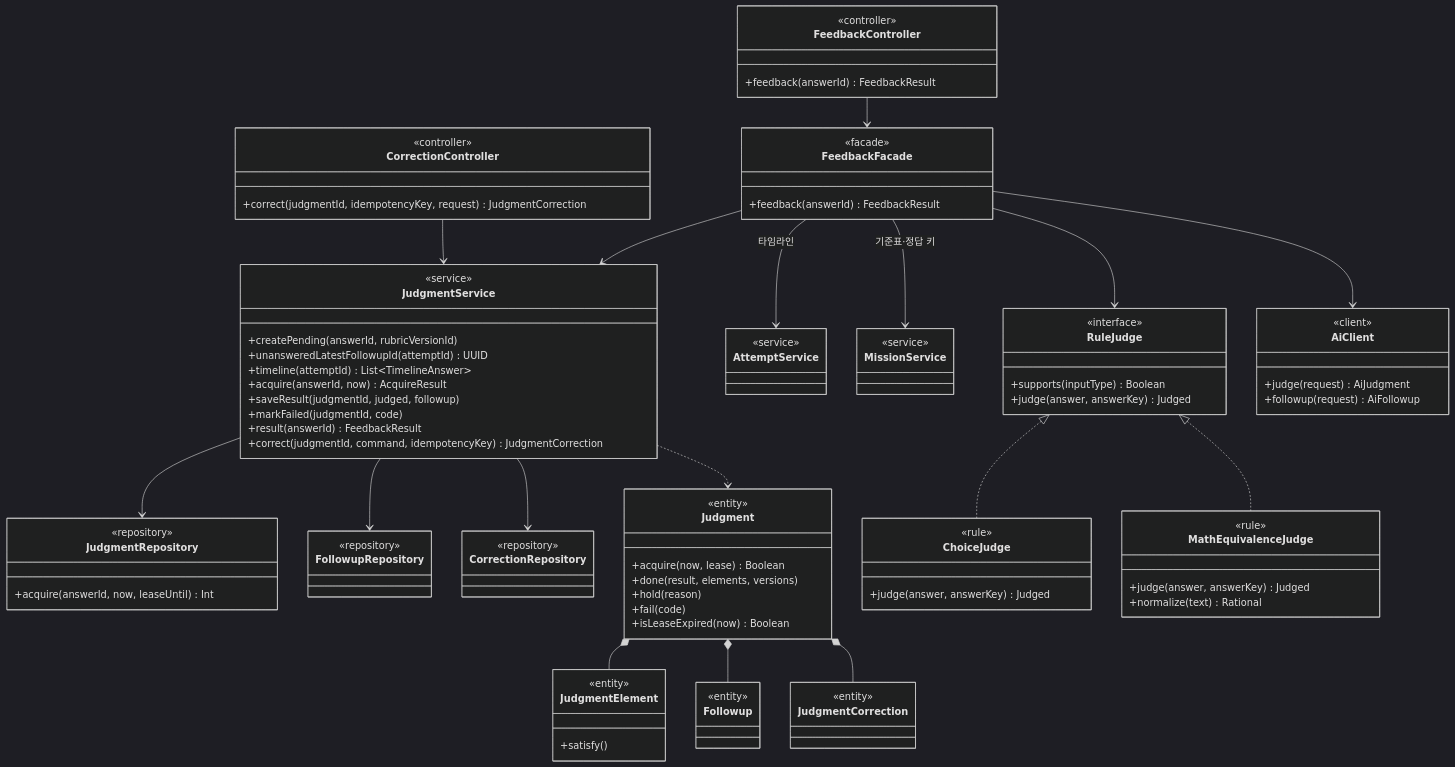
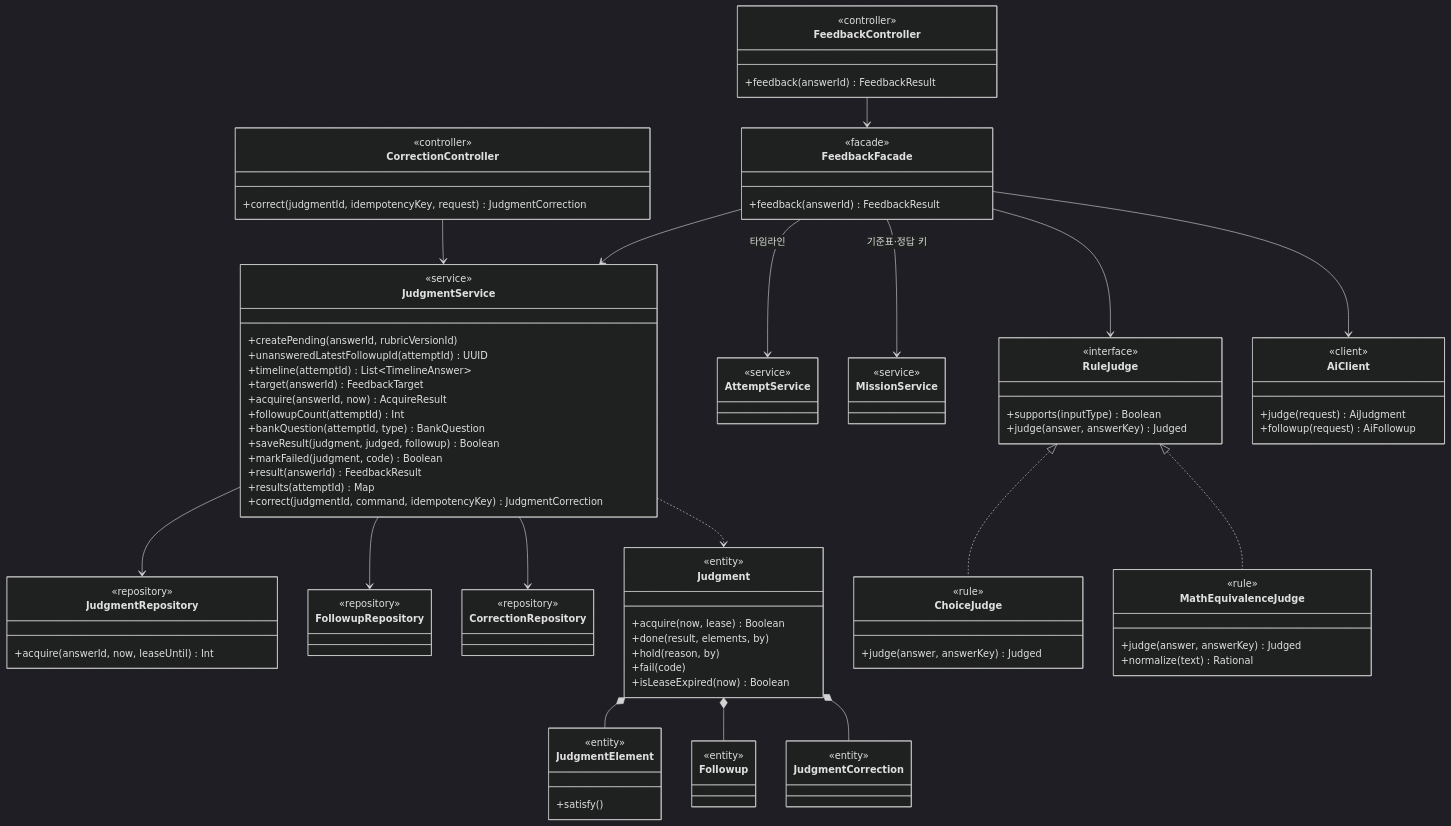
Before and after one commit to SKNETWORKS-FAMILY-AICAMP/SKN34-FINAL-3TEAM: the ninth of 15 diagrams in docs/design/class-diagram.md, drawn with Mermaid (dark theme). The commit also changed other lines of this file and 5 other files, not shown here.

```diff
--- a/docs/design/class-diagram.md
+++ b/docs/design/class-diagram.md
@@ -1182,17 +1185,21 @@
     +createPending(answerId, rubricVersionId)
     +unansweredLatestFollowupId(attemptId) UUID
     +timeline(attemptId) List~TimelineAnswer~
+    +target(answerId) FeedbackTarget
     +acquire(answerId, now) AcquireResult
-    +saveResult(judgmentId, judged, followup)
-    +markFailed(judgmentId, code)
+    +followupCount(attemptId) Int
+    +bankQuestion(attemptId, type) BankQuestion
+    +saveResult(judgment, judged, followup) Boolean
+    +markFailed(judgment, code) Boolean
     +result(answerId) FeedbackResult
+    +results(attemptId) Map
     +correct(judgmentId, command, idempotencyKey) JudgmentCorrection
   }
   class Judgment {
     <<entity>>
     +acquire(now, lease) Boolean
-    +done(result, elements, versions)
-    +hold(reason)
+    +done(result, elements, by)
+    +hold(reason, by)
     +fail(code)
     +isLeaseExpired(now) Boolean
   }
```
